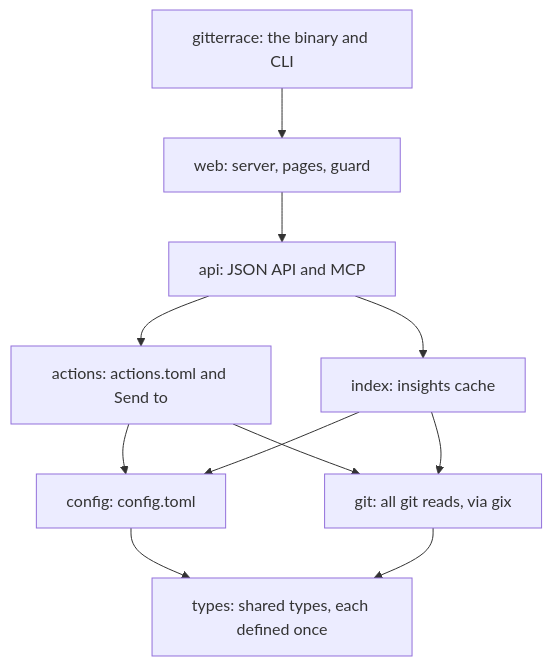
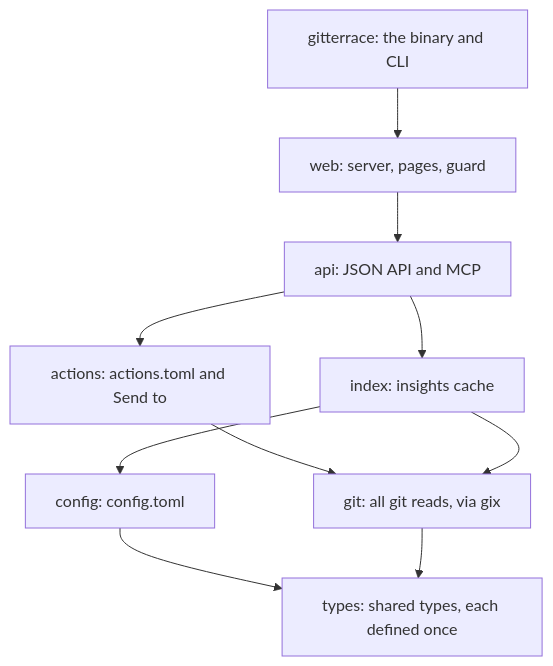
The diagram in docs/architecture.md (gitterrace/gitterrace), drawn with Mermaid before and after one commit. The commit also changed 4 other files, not shown here.

````diff
--- a/docs/architecture.md
+++ b/docs/architecture.md
@@ -4,21 +4,20 @@
 ```mermaid
 flowchart TD
   gitterrace["gitterrace: the binary and CLI"]
   actions["actions: actions.toml and Send to"]
   api["api: JSON API and MCP"]
   config["config: config.toml"]
   git["git: all git reads, via gix"]
   index["index: insights cache"]
   types["types: shared types, each defined once"]
   web["web: server, pages, guard"]
   gitterrace --> web
-  actions --> config
   actions --> git
   api --> actions
   api --> index
   config --> types
   git --> types
   index --> config
   index --> git
   web --> api
 ```
````
